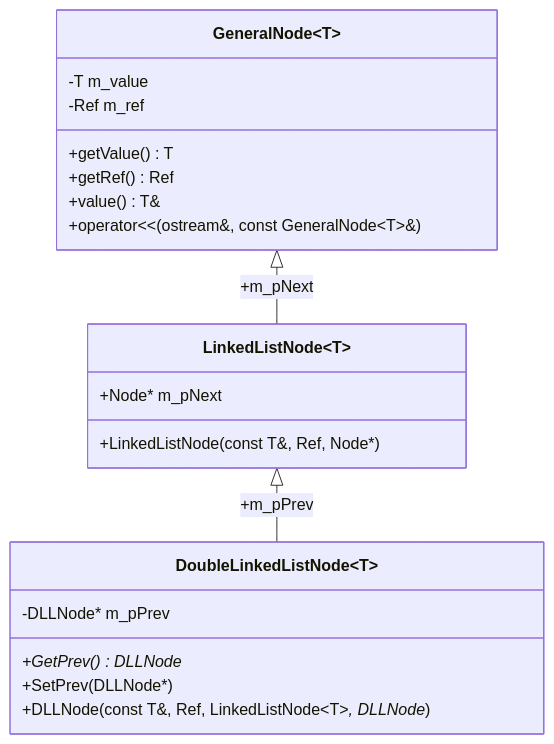
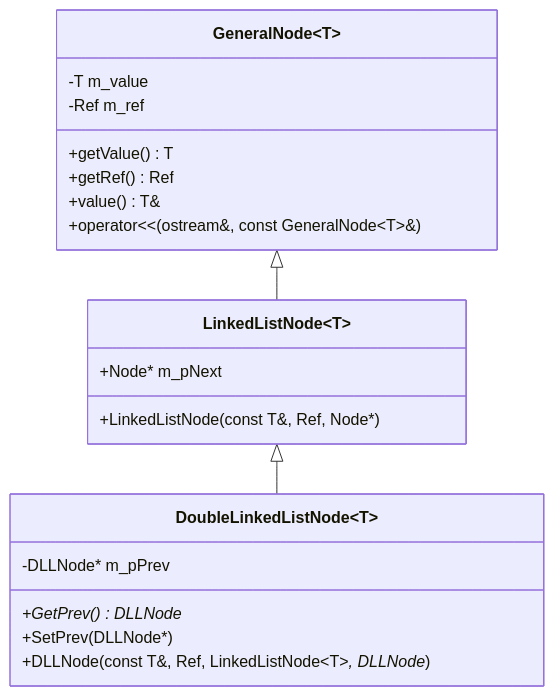
The first of 5 diagrams in docs/jerarquias-clases.md (PieroVioleta/2026-II-CS-UNI-CC0E5-AEDAv), drawn with Mermaid before and after one commit. The commit also changed other lines of this file, not shown here.

````diff
--- a/docs/jerarquias-clases.md
+++ b/docs/jerarquias-clases.md
@@ -8,23 +5,23 @@
 ```mermaid
 classDiagram
     class GeneralNode~T~ {
         -T m_value
         -Ref m_ref
         +getValue() T
         +getRef() Ref
         +value() T&
         +operator<<(ostream&, const GeneralNode~T~&)
     }
     class LinkedListNode~T~ {
         +Node* m_pNext
         +LinkedListNode(const T&, Ref, Node*)
     }
     class DoubleLinkedListNode~T~ {
         -DLLNode* m_pPrev
         +GetPrev() DLLNode*
         +SetPrev(DLLNode*)
         +DLLNode(const T&, Ref, LinkedListNode~T~*, DLLNode*)
     }
-    GeneralNode~T~ <|-- LinkedListNode~T~ : +m_pNext
-    LinkedListNode~T~ <|-- DoubleLinkedListNode~T~ : +m_pPrev
+    GeneralNode~T~ <|-- LinkedListNode~T~
+    LinkedListNode~T~ <|-- DoubleLinkedListNode~T~
 ```
````
